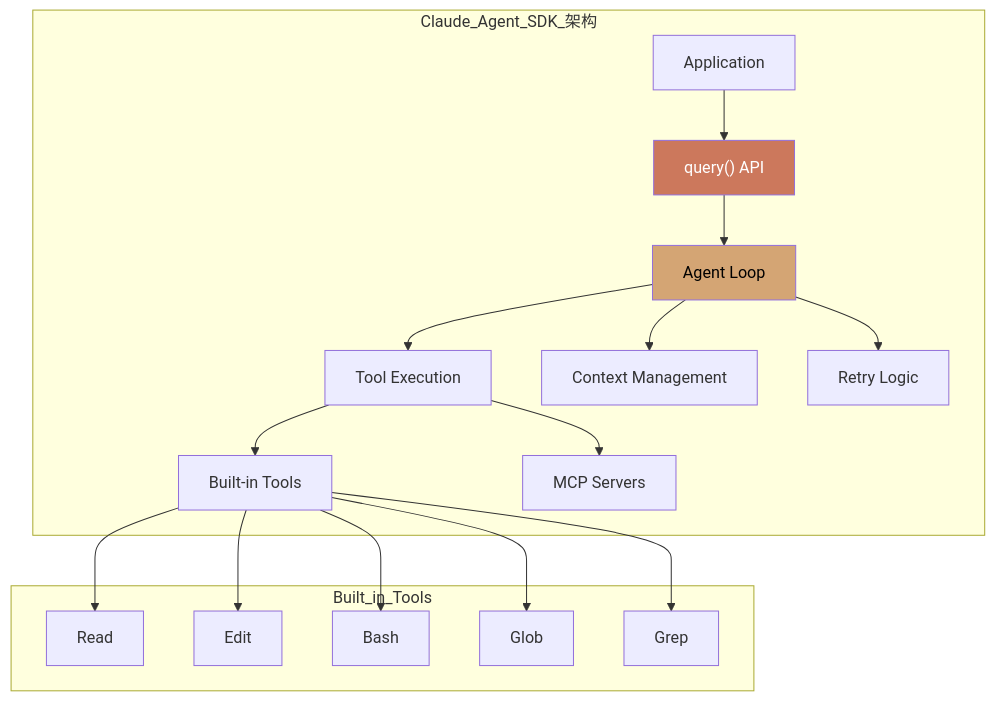
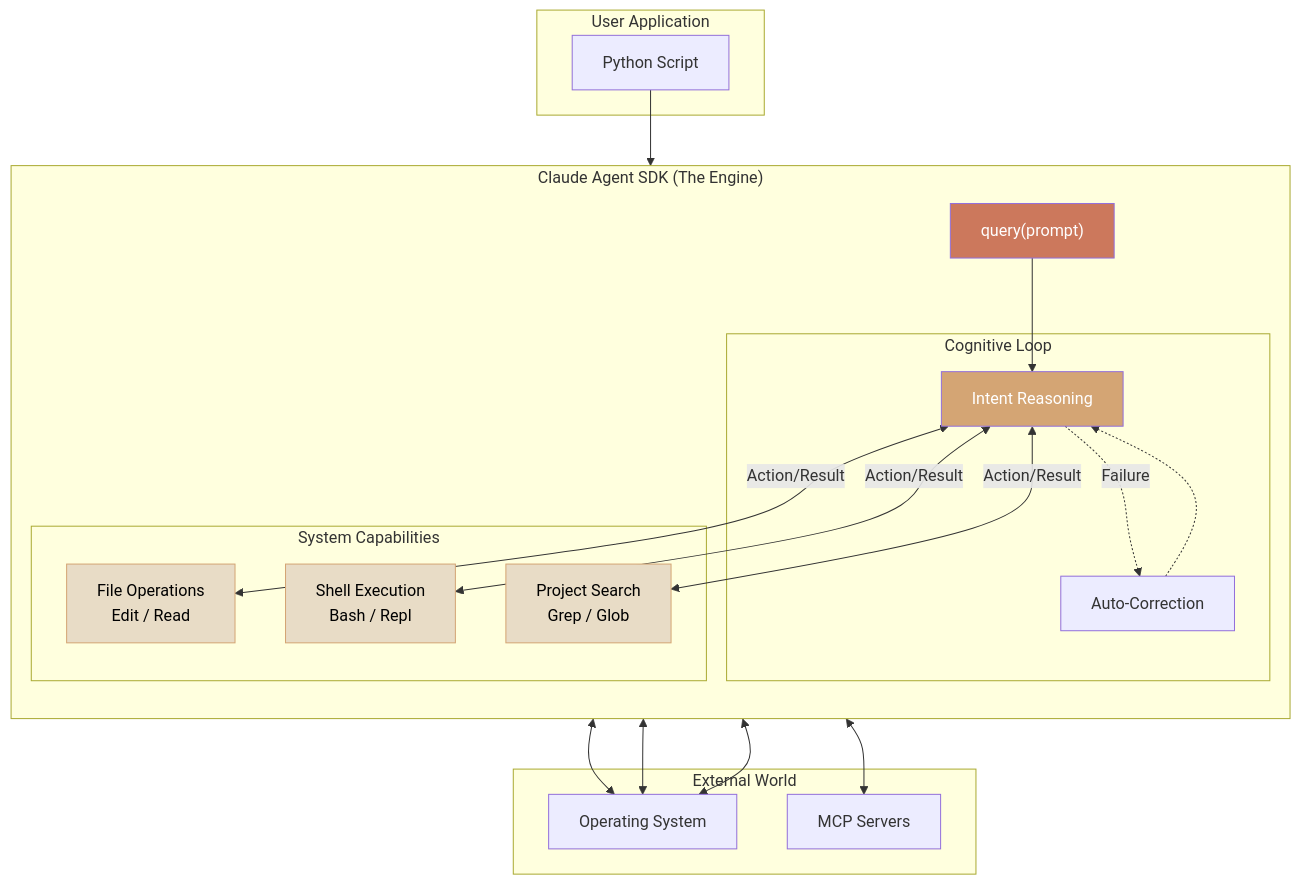
One commit to ThreeFish-AI/agentic-ai-cognizes changed the tenth of 14 diagrams in docs/research/020-agent-frameworks.md. Above: the diagram before and after it, drawn with Mermaid. The commit also changed other lines of this file, not shown here.

First line of the commit message:
docs(Agent Frameworks): 优化章节编号并增强多智能体协作表达

````diff
--- a/docs/research/020-agent-frameworks.md
+++ b/docs/research/020-agent-frameworks.md
@@ -695,25 +744,42 @@
 ```mermaid
 graph TB
-    subgraph Claude_Agent_SDK_架构
-        A[Application] --> Q["query() API"]
-        Q --> L[Agent Loop]
-        L --> T[Tool Execution]
-        L --> C[Context Management]
-        L --> R[Retry Logic]
-        T --> B[Built-in Tools]
-        T --> M[MCP Servers]
+    subgraph "User Application"
+        App[Python Script]
     end
 
-    subgraph Built_in_Tools
-        B1[Read]
-        B2[Edit]
-        B3[Bash]
-        B4[Glob]
-        B5[Grep]
+    subgraph "Claude Agent SDK (The Engine)"
+        direction TB
+        API["query(prompt)"]
+
+        subgraph "Cognitive Loop"
+            Think[Intent Reasoning]
+            Retry[Auto-Correction]
+        end
+
+        subgraph "System Capabilities"
+            T1[File Operations<br/>Edit / Read]
+            T2[Shell Execution<br/>Bash / Repl]
+            T3[Project Search<br/>Grep / Glob]
+        end
     end
 
-    B --> B1 & B2 & B3 & B4 & B5
+    subgraph "External World"
+        OS[Operating System]
+        MCP[MCP Servers]
+    end
 
-    style Q fill:#cc785c,color:white
-    style L fill:#d4a574,color:black
+    App --> API
+    API --> Think
+    Think <-->|Action/Result| T1 & T2 & T3
+    Think -.->|Failure| Retry
+    Retry -.-> Think
+
+    T1 & T2 & T3 <--> OS
+    Think <--> MCP
+
+    style API fill:#cc785c,color:white
+    style Think fill:#d4a574,color:white
+    style T1 fill:#e8dcc6,color:black,stroke:#d4a574
+    style T2 fill:#e8dcc6,color:black,stroke:#d4a574
+    style T3 fill:#e8dcc6,color:black,stroke:#d4a574
 ```
````
